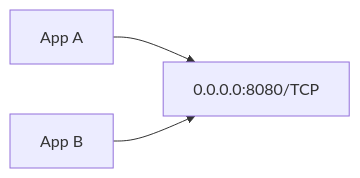
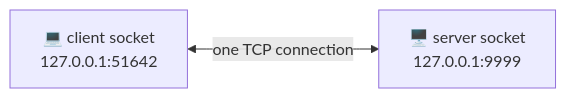
One commit to RyanM-Dev/My-Summery changed the seventh of 12 diagrams in DevOps/NaNa/Linux/6. Networking Fundamentals.md. Above: the diagram before and after it, drawn with Mermaid. The commit also changed other lines of this file and 16 other files, not shown here.

````diff
--- a/DevOps/NaNa/Linux/6. Networking Fundamentals.md
+++ b/DevOps/NaNa/Linux/6. Networking Fundamentals.md
@@ -772,8 +427,4 @@
 ```mermaid
 flowchart LR
-    N0["App A"]
-    N1["App B"]
-    N2["0.0.0.0:8080/TCP"]
-    N0 --> N2
-    N1 --> N2
+    C["💻 client socket<br/>127.0.0.1:51642"] <-->|"one TCP connection"| S["🖥️ server socket<br/>127.0.0.1:9999"]
 ```
````
